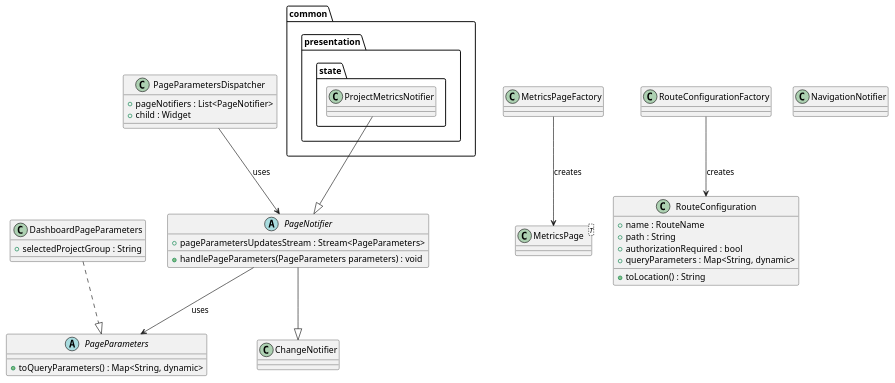
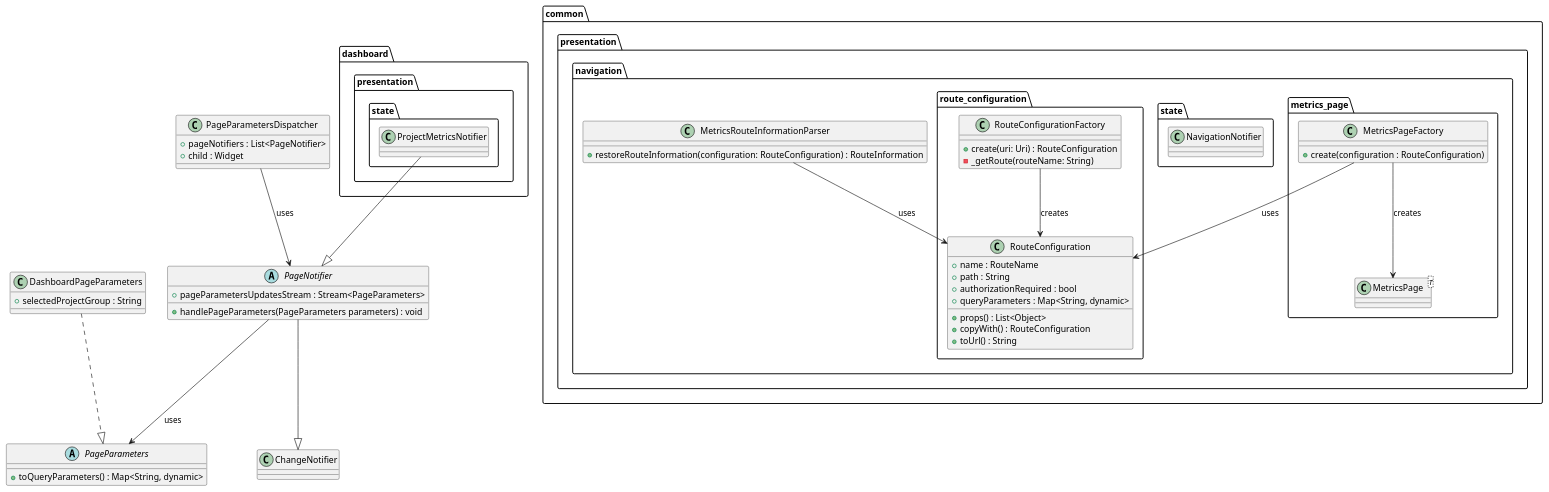
The diagram in metrics/web/docs/features/deep_links/diagrams/navigation_notifier_approach_class_diagram.puml (Flank/flank-dashboard), drawn with PlantUML before and after one commit. The commit also changed 1 other file, not shown here.

Commit message:
[WIP] update class diagram

```diff
--- a/metrics/web/docs/features/deep_links/diagrams/navigation_notifier_approach_class_diagram.puml
+++ b/metrics/web/docs/features/deep_links/diagrams/navigation_notifier_approach_class_diagram.puml
@@ -1,61 +1,83 @@
 @startuml
 
 abstract class PageNotifier {
     + pageParametersUpdatesStream : Stream<PageParameters>
 
     + handlePageParameters(PageParameters parameters) : void
 }
 
 class PageParametersDispatcher {
     + pageNotifiers : List<PageNotifier>
     + child : Widget
 }
 
-class MetricsPage<T> {}
-
-class MetricsPageFactory {}
-
-class RouteConfiguration {
-    + name : RouteName
-    + path : String
-    + authorizationRequired : bool
-    + queryParameters : Map<String, dynamic>
-
-    + toLocation() : String
-}
-
-class RouteConfigurationFactory {}
-
 abstract class PageParameters {
     + toQueryParameters() : Map<String, dynamic>
 }
 
 class DashboardPageParameters {
     + selectedProjectGroup : String
 }
 
-class NavigationNotifier {}
+package common.presentation {
+    package navigation {
+        class MetricsRouteInformationParser {
+            + restoreRouteInformation(configuration: RouteConfiguration) : RouteInformation
+        }
 
-package common {
-    package presentation {
-        package state {
-            class ProjectMetricsNotifier {
+        package metrics_page {
+            class MetricsPage<T> {}
+
+            class MetricsPageFactory {
+                + create(configuration : RouteConfiguration)
             }
         }
+
+        package route_configuration {
+            class RouteConfiguration {
+                + name : RouteName
+                + path : String
+                + authorizationRequired : bool
+                + queryParameters : Map<String, dynamic>
+
+                + props() : List<Object>
+                + copyWith() : RouteConfiguration
+                + toUrl() : String
+            }
+
+            class RouteConfigurationFactory {
+                + create(uri: Uri) : RouteConfiguration
+                - _getRoute(routeName: String)
+            }
+        }
+
+        package state {
+            class NavigationNotifier {}
+        }
     }
+
+
+}
+
+package dashboard.presentation.state {
+    class ProjectMetricsNotifier {}
 }
 
 PageParametersDispatcher --> PageNotifier : uses
 
 PageNotifier --|> ChangeNotifier
 PageNotifier --> PageParameters : uses
 
 ProjectMetricsNotifier --|> PageNotifier
 
 MetricsPageFactory --> MetricsPage : creates
 
+MetricsPageFactory --> RouteConfiguration : uses
+
 RouteConfigurationFactory --> RouteConfiguration : creates
 
 DashboardPageParameters ..|> PageParameters
 
+MetricsRouteInformationParser --> RouteConfiguration : uses
+
 @enduml
```
